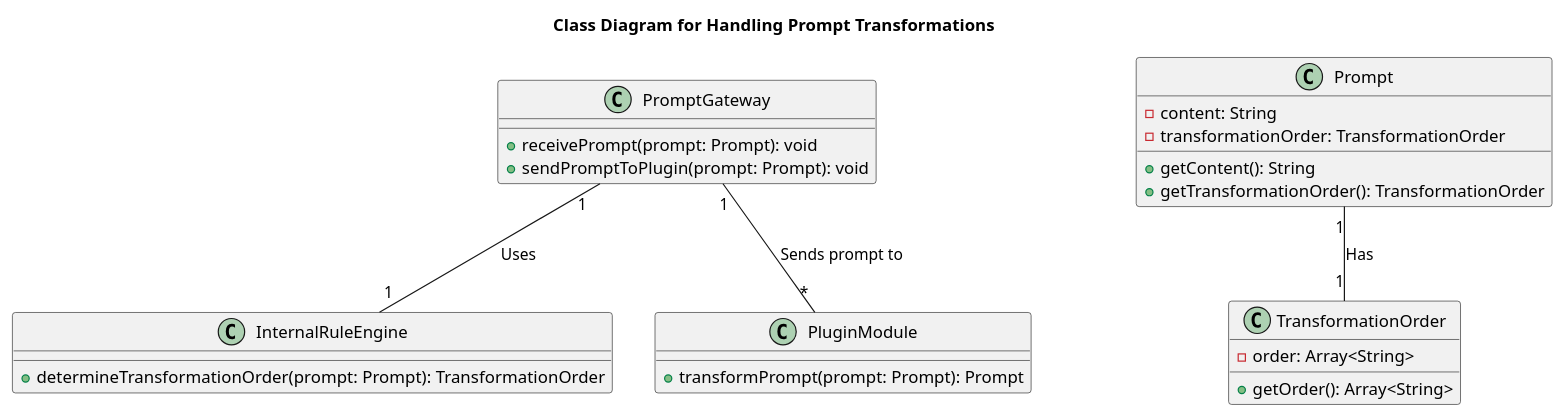
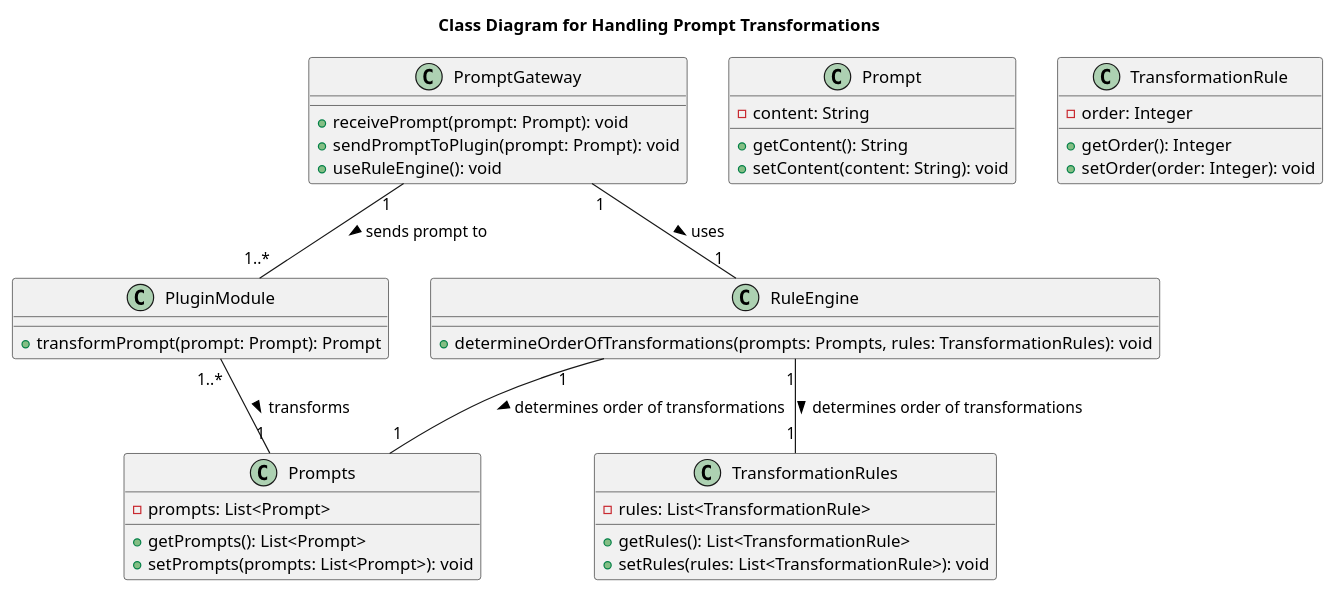
Before and after one commit to o2alexanderfedin/AI-demos: diagram 11 of 21 in Design_Document_Prompt_Gateway_RESTful_API_LLM.md, drawn with PlantUML. The commit also changed other lines of this file, not shown here.

````diff
--- a/Design_Document_Prompt_Gateway_RESTful_API_LLM.md
+++ b/Design_Document_Prompt_Gateway_RESTful_API_LLM.md
@@ -347,34 +389,50 @@
 ```plantuml
 @startuml
 title Class Diagram for Handling Prompt Transformations
 
 class PromptGateway {
   +receivePrompt(prompt: Prompt): void
   +sendPromptToPlugin(prompt: Prompt): void
-}
-
-class InternalRuleEngine {
-  +determineTransformationOrder(prompt: Prompt): TransformationOrder
+  +useRuleEngine(): void
 }
 
 class PluginModule {
   +transformPrompt(prompt: Prompt): Prompt
 }
 
+class RuleEngine {
+  +determineOrderOfTransformations(prompts: Prompts, rules: TransformationRules): void
+}
+
 class Prompt {
   -content: String
-  -transformationOrder: TransformationOrder
   +getContent(): String
-  +getTransformationOrder(): TransformationOrder
+  +setContent(content: String): void
 }
 
-class TransformationOrder {
-  -order: Array<String>
-  +getOrder(): Array<String>
+class Prompts {
+  -prompts: List<Prompt>
+  +getPrompts(): List<Prompt>
+  +setPrompts(prompts: List<Prompt>): void
 }
 
-PromptGateway "1" -- "1" InternalRuleEngine: Uses
-PromptGateway "1" -- "*" PluginModule: Sends prompt to
-Prompt "1" -- "1" TransformationOrder: Has
+class TransformationRule {
+  -order: Integer
+  +getOrder(): Integer
+  +setOrder(order: Integer): void
+}
+
+class TransformationRules {
+  -rules: List<TransformationRule>
+  +getRules(): List<TransformationRule>
+  +setRules(rules: List<TransformationRule>): void
+}
+
+PromptGateway "1" -- "1..*" PluginModule : sends prompt to >
+PromptGateway "1" -- "1" RuleEngine : uses >
+RuleEngine "1" -- "1" Prompts : determines order of transformations >
+RuleEngine "1" -- "1" TransformationRules : determines order of transformations >
+PluginModule "1..*" -- "1" Prompts : transforms >
+
 @enduml
 ```
````
